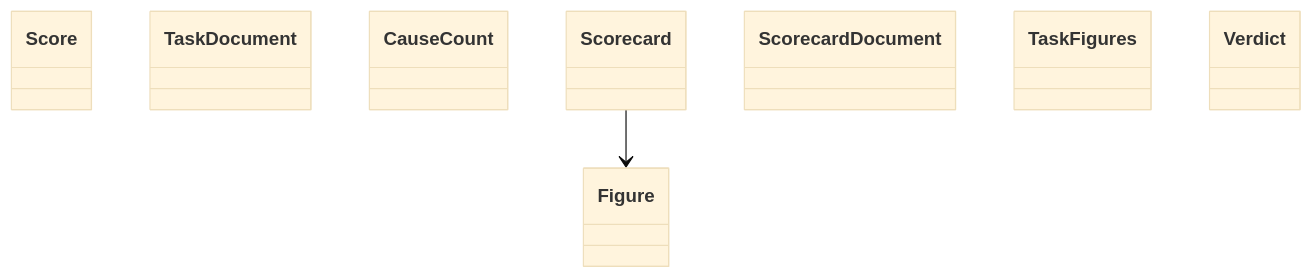
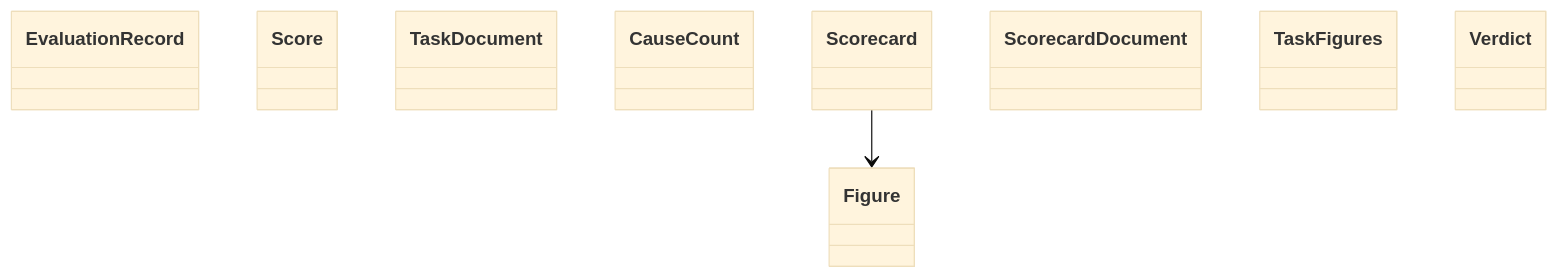
Before and after one commit to GonzaloZevallos/agentic-system: the diagram in docs/architecture/generated/classes-measurement-domain-scorecard-2.md, drawn with Mermaid (base theme). The commit also changed other lines of this file and 2 other files, not shown here.

Commit message:
Regenerate architecture pages for the report types

````diff
--- a/docs/architecture/generated/classes-measurement-domain-scorecard-2.md
+++ b/docs/architecture/generated/classes-measurement-domain-scorecard-2.md
@@ -9,12 +9,13 @@
 ```mermaid
 classDiagram
+    class evaluation__EvaluationRecord["EvaluationRecord"]
     class evaluation__Score["Score"]
     class evaluation__TaskDocument["TaskDocument"]
     class scorecard__CauseCount["CauseCount"]
     class scorecard__Figure["Figure"]
     class scorecard__Scorecard["Scorecard"]
     class scorecard__ScorecardDocument["ScorecardDocument"]
     class scorecard__TaskFigures["TaskFigures"]
     class scorecard__Verdict["Verdict"]
     scorecard__Scorecard --> scorecard__Figure
 ```
````
